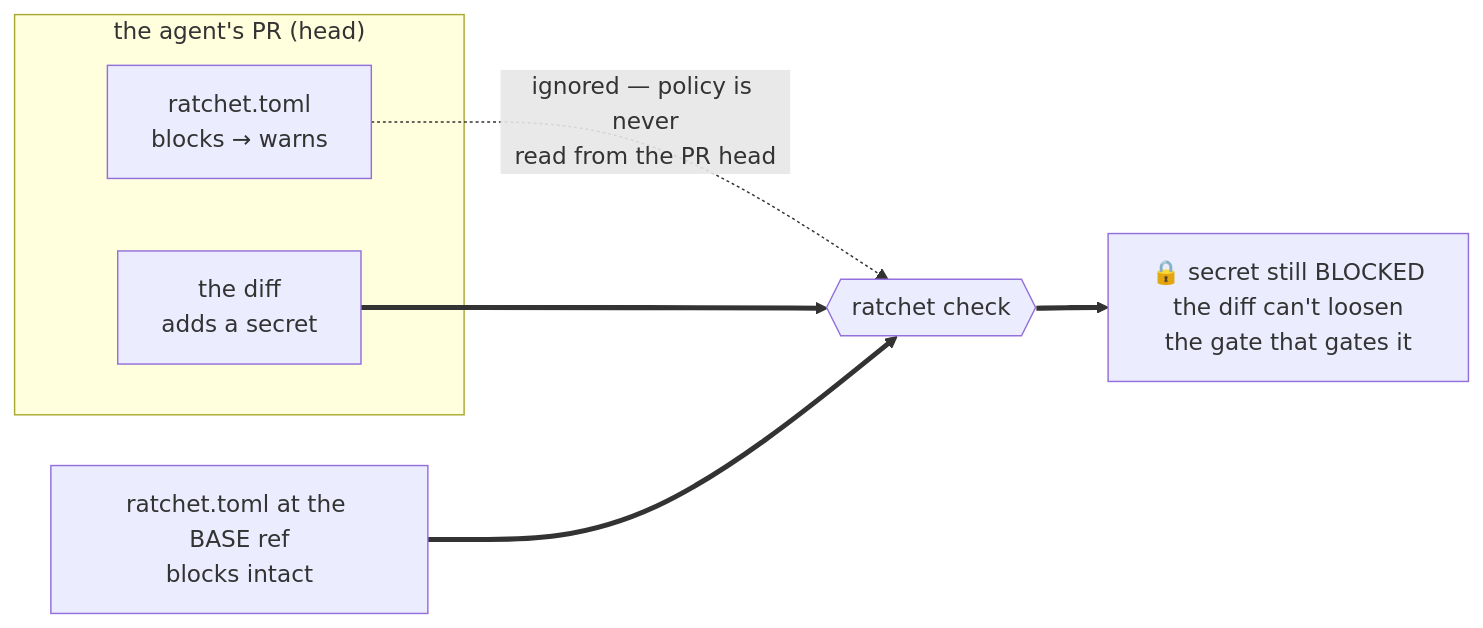
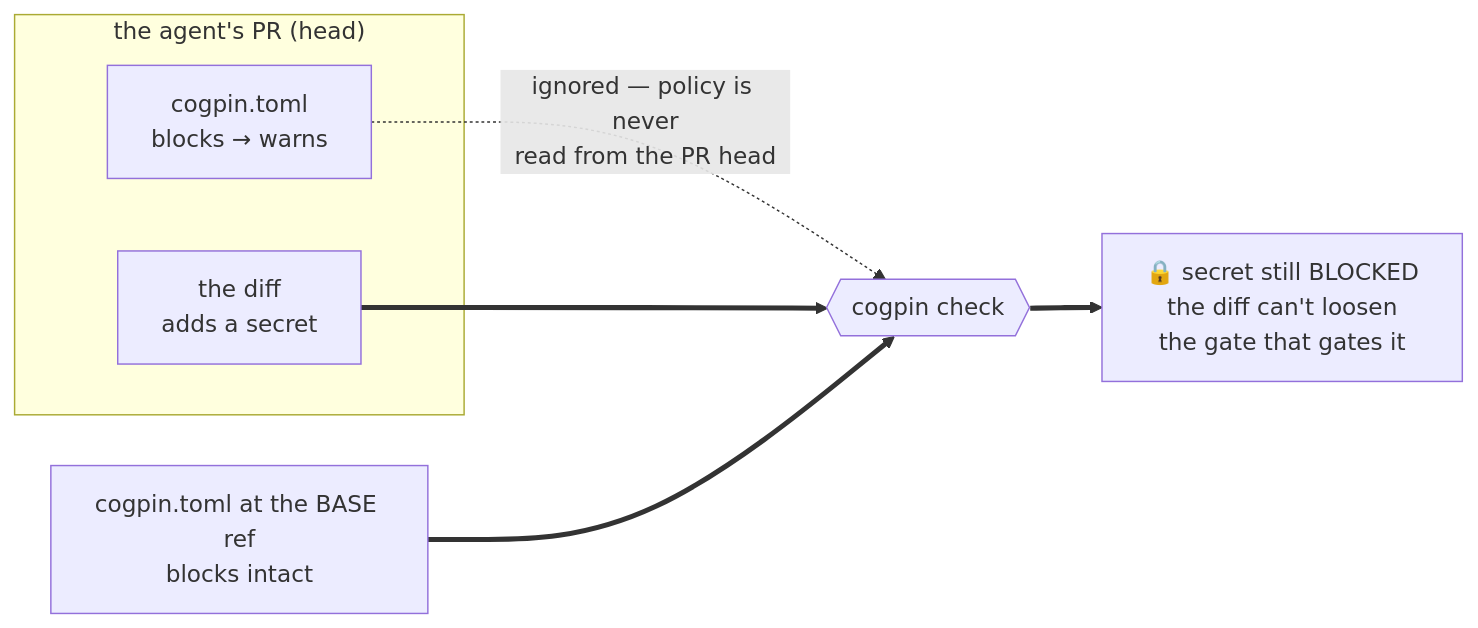
One commit to IvanWng97/cogpin changed the second of 2 diagrams in README.md. Above: the diagram before and after it, drawn with Mermaid. The commit also changed other lines of this file and 56 other files, not shown here.

First line of the commit message:
chore: rename ratchet → cogpin (#35)

````diff
--- a/README.md
+++ b/README.md
@@ -238,12 +238,12 @@
 ```mermaid
 flowchart LR
     subgraph prhead["the agent's PR (head)"]
-      cfg["ratchet.toml<br/>blocks → warns"]
+      cfg["cogpin.toml<br/>blocks → warns"]
       secret["the diff<br/>adds a secret"]
     end
-    base["ratchet.toml at the BASE ref<br/>blocks intact"]
+    base["cogpin.toml at the BASE ref<br/>blocks intact"]
     cfg -. "ignored — policy is never<br/>read from the PR head" .-> check
-    base ==> check{{"ratchet check"}}
+    base ==> check{{"cogpin check"}}
     secret ==> check
     check ==> out["🔒 secret still BLOCKED<br/>the diff can't loosen<br/>the gate that gates it"]
 ```
````
